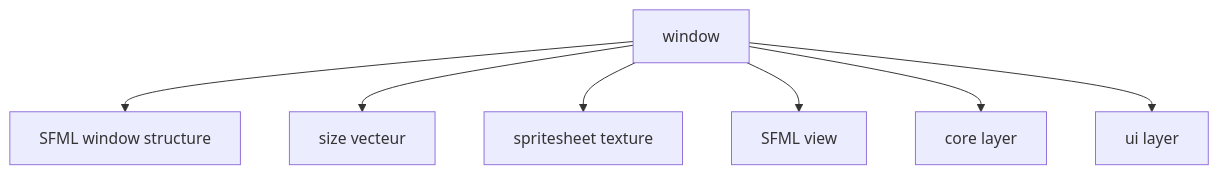
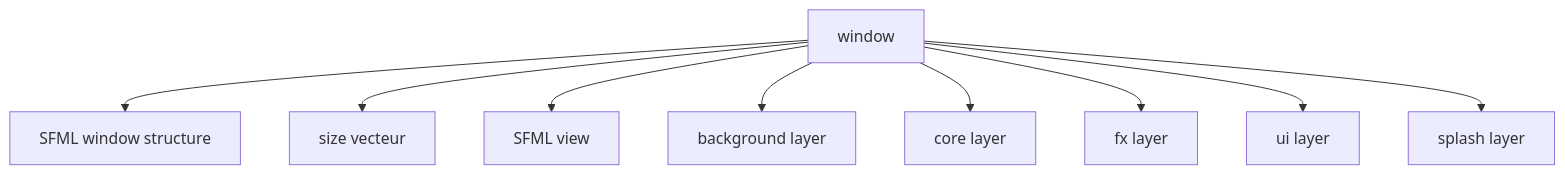
Before and after one commit to Chi-Iroh/MyRPG: the first of 7 diagrams in lib/my_graphics/README.md, drawn with Mermaid. The commit also changed other lines of this file and 7 other files, not shown here.

Commit message:
[FIX] : lib graphics : Up to Date documentation relative to window structure

````diff
--- a/lib/my_graphics/README.md
+++ b/lib/my_graphics/README.md
@@ -9,9 +9,11 @@
 ```mermaid
   graph TD;
     A[window] --> B[SFML window structure];
     A --> C[size vecteur];
-    A --> D[spritesheet texture];
-    A --> E[SFML view]
-    A --> F[core layer]
-    A --> G[ui layer]
+    A --> D[SFML view];
+    A --> E[background layer];
+    A --> F[core layer];
+    A --> G[fx layer];
+    A --> H[ui layer];
+    A --> I[splash layer];
 ```
````
